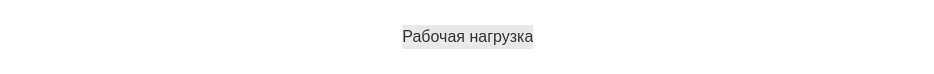
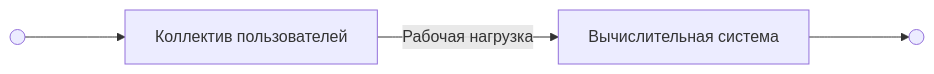
The first of 2 diagrams in sem_07/Modeling/lections/lection_07.md (ilyasssklimov/bmstu_all), drawn with Mermaid before and after one commit. The commit also changed other lines of this file and 60 other files, not shown here.

````diff
--- a/sem_07/Modeling/lections/lection_07.md
+++ b/sem_07/Modeling/lections/lection_07.md
@@ -26,7 +26,4 @@
 ```mermaid
 graph LR;
 emptyNode(( )) ---> node_1["Коллектив пользователей"] --Рабочая нагрузка--> node2["Вычислительная система"] ---> emptyNone(( ));
-
-classDef default fill:none, color:white, stroke:white;
-linkStyle default stroke:white;
 ```
````
